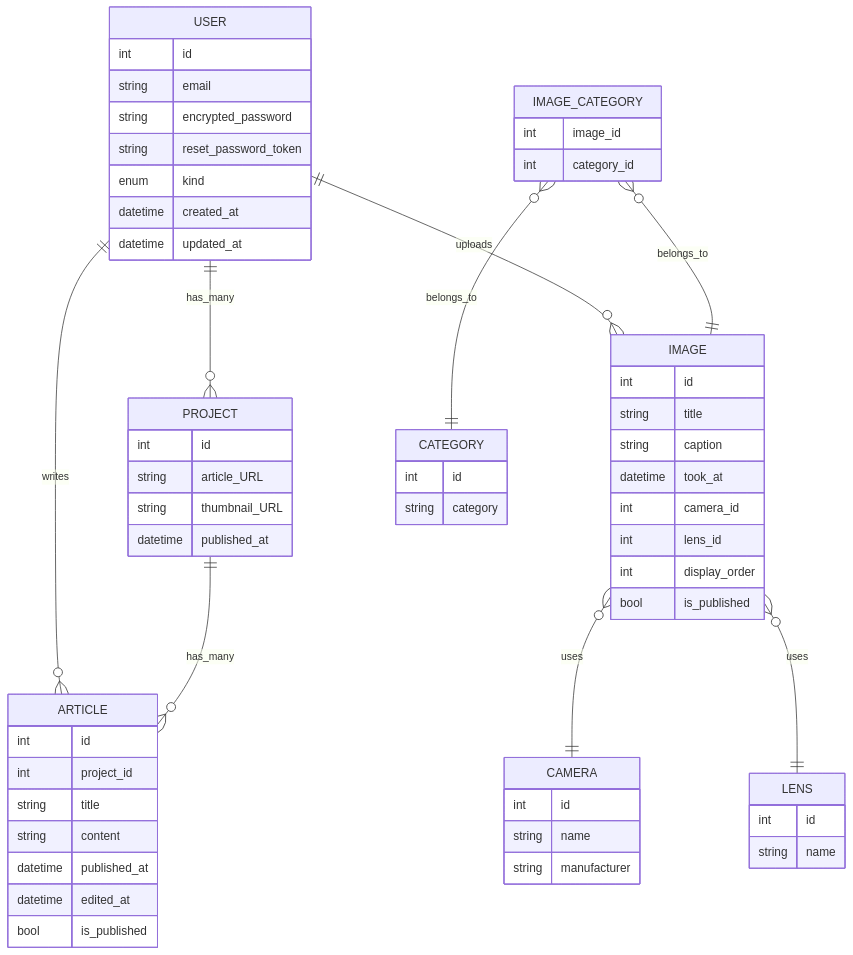
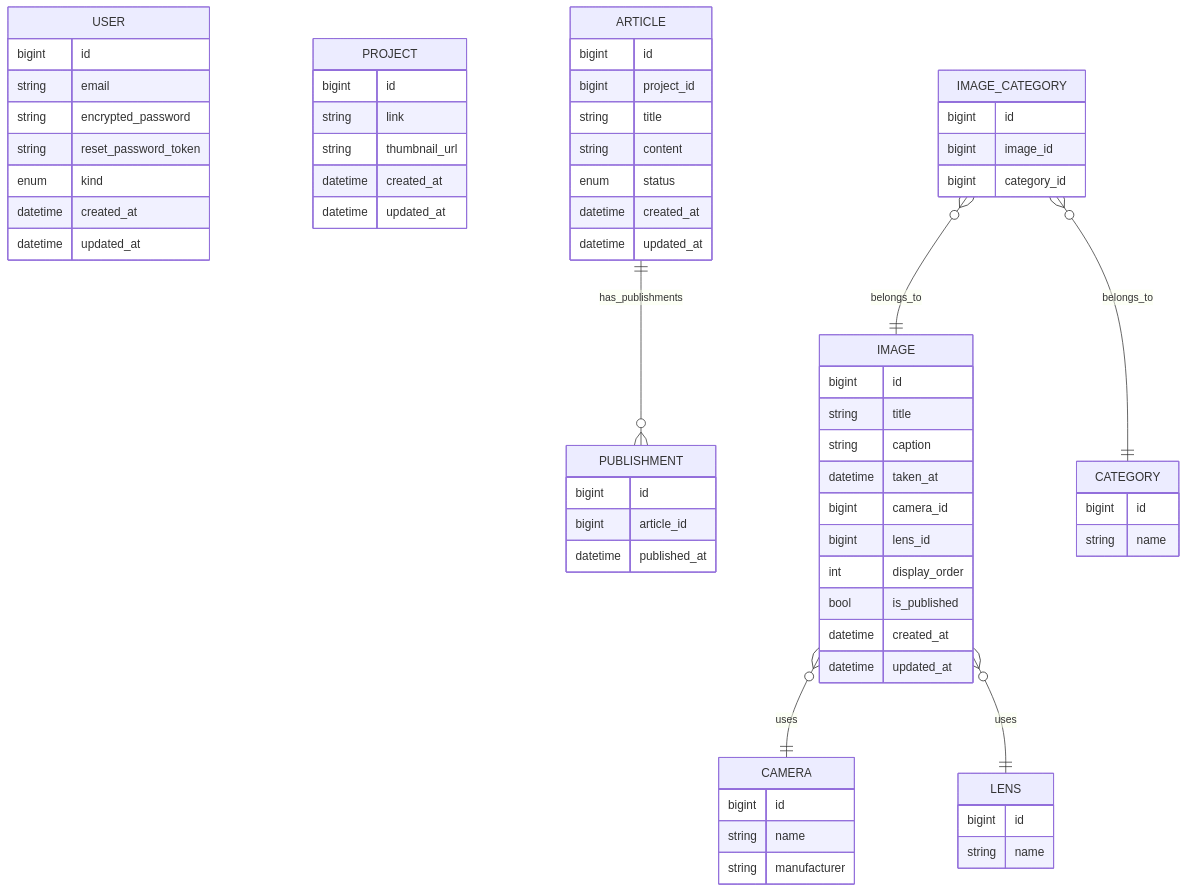
The diagram in README.md (huji333/portfolio), drawn with Mermaid before and after one commit.

Commit message:
update erdiagram

````diff
--- a/README.md
+++ b/README.md
@@ -5,62 +5,68 @@
 ```mermaid
 erDiagram
-   USER ||--o{ PROJECT : has_many
-  USER ||--o{ ARTICLE : writes
-  PROJECT ||--o{ ARTICLE : has_many
-  USER ||--o{ IMAGE : uploads
   USER{
-    int id
+    bigint id
     string email
     string encrypted_password
     string reset_password_token
     enum kind
     datetime created_at
     datetime updated_at
   }
   PROJECT{
-    int id
-    string article_URL
-    string thumbnail_URL
-    datetime published_at
+    bigint id
+    string link
+    string thumbnail_url
+    datetime created_at
+    datetime updated_at
   }
+  ARTICLE ||--o{ PUBLISHMENT : has_publishments
   ARTICLE{
-    int id
-    int project_id
+    bigint id
+    bigint project_id
     string title
     string content
+    enum status
+    datetime created_at
+    datetime updated_at
+  }
+  PUBLISHMENT{
+    bigint id
+    bigint article_id
     datetime published_at
-    datetime edited_at
-    bool is_published
   }
   IMAGE }o--|| CAMERA : uses
   IMAGE }o--|| LENS : uses
   IMAGE{
-    int id
+    bigint id
     string title
     string caption
-    datetime took_at
-    int camera_id
-    int lens_id
+    datetime taken_at
+    bigint camera_id
+    bigint lens_id
     int display_order
     bool is_published
+    datetime created_at
+    datetime updated_at
   }
   LENS{
-    int id
+    bigint id
     string name
   }
   CAMERA{
-    int id
+    bigint id
     string name
     string manufacturer
   }
   IMAGE_CATEGORY }o--|| CATEGORY : belongs_to
   IMAGE_CATEGORY }o--|| IMAGE : belongs_to
   CATEGORY{
-    int id
-    string category
+    bigint id
+    string name
   }
   IMAGE_CATEGORY{
-    int image_id
-    int category_id
+    bigint id
+    bigint image_id
+    bigint category_id
   }
 ```
````
